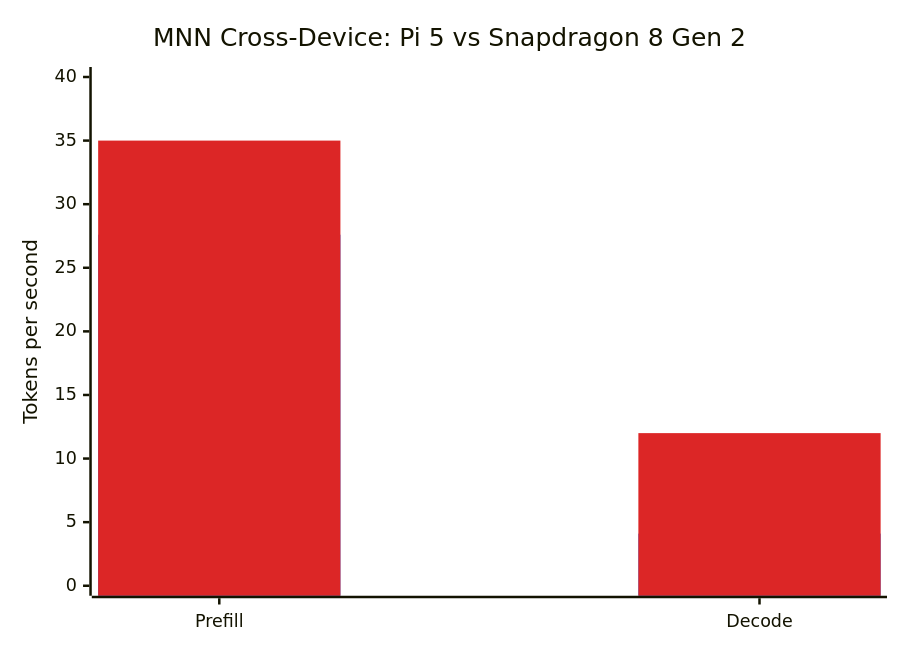
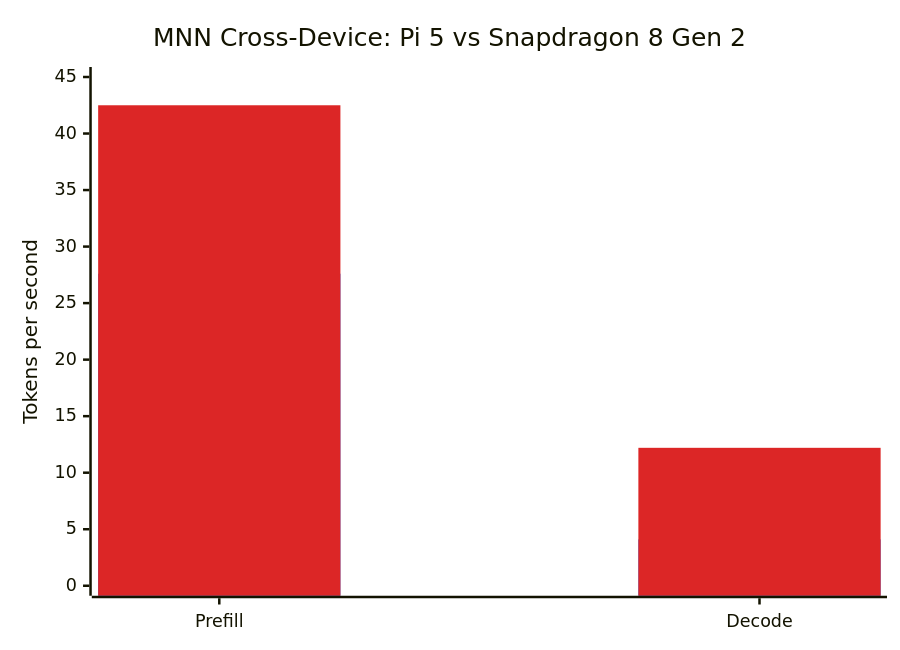
The fifth of 5 diagrams in benchmarks/mnn_spike_results.md (slomin/potato-os), drawn with Mermaid before and after one commit. The commit also changed other lines of this file, not shown here.

First line of the commit message:
spike(mnn): update charts with model names, add caveats, fix Snapdragon numbers (#24)

````diff
--- a/benchmarks/mnn_spike_results.md
+++ b/benchmarks/mnn_spike_results.md
@@ -158,14 +162,14 @@
 ```mermaid
 ---
 config:
     themeVariables:
         xyChart:
             plotColorPalette: "#2563eb, #dc2626"
 ---
 xychart-beta
     title "MNN Cross-Device: Pi 5 vs Snapdragon 8 Gen 2"
     x-axis ["Prefill", "Decode"]
-    y-axis "Tokens per second" 0 --> 40
+    y-axis "Tokens per second" 0 --> 45
     bar [27.6, 4.1]
-    bar [35.0, 12.0]
+    bar [42.5, 12.2]
 ```
````
